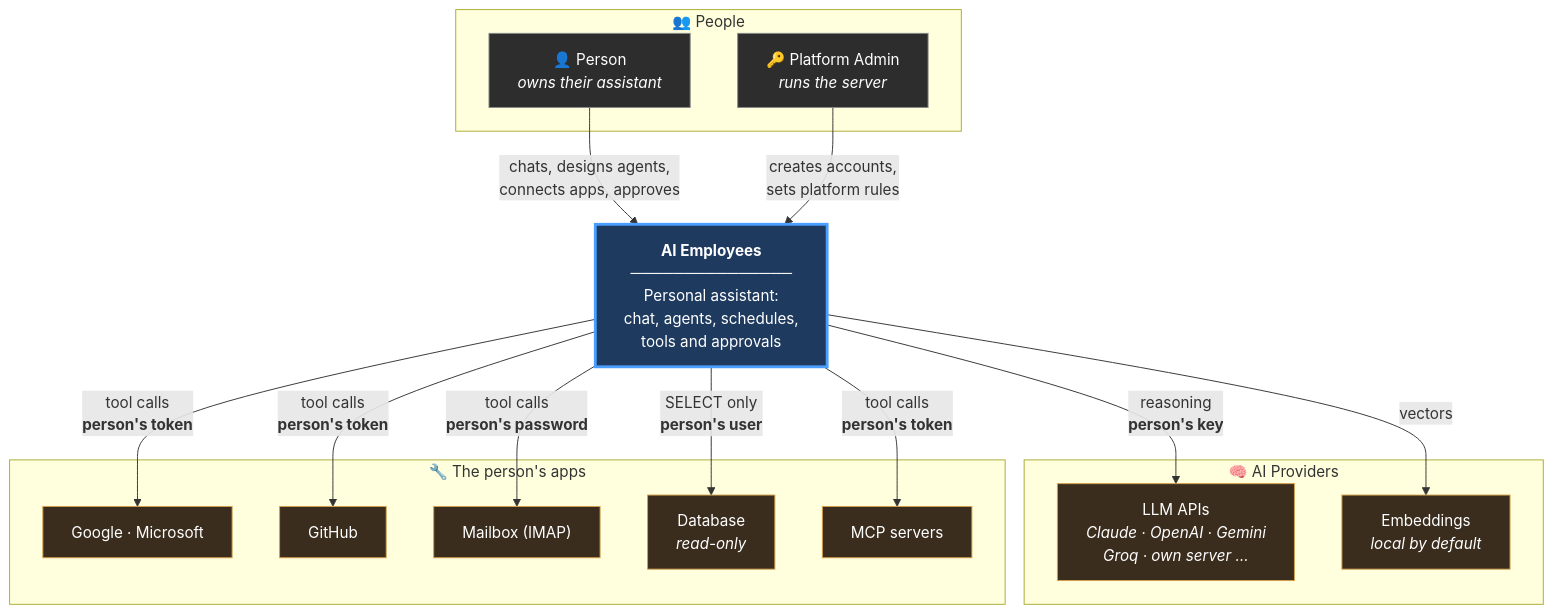
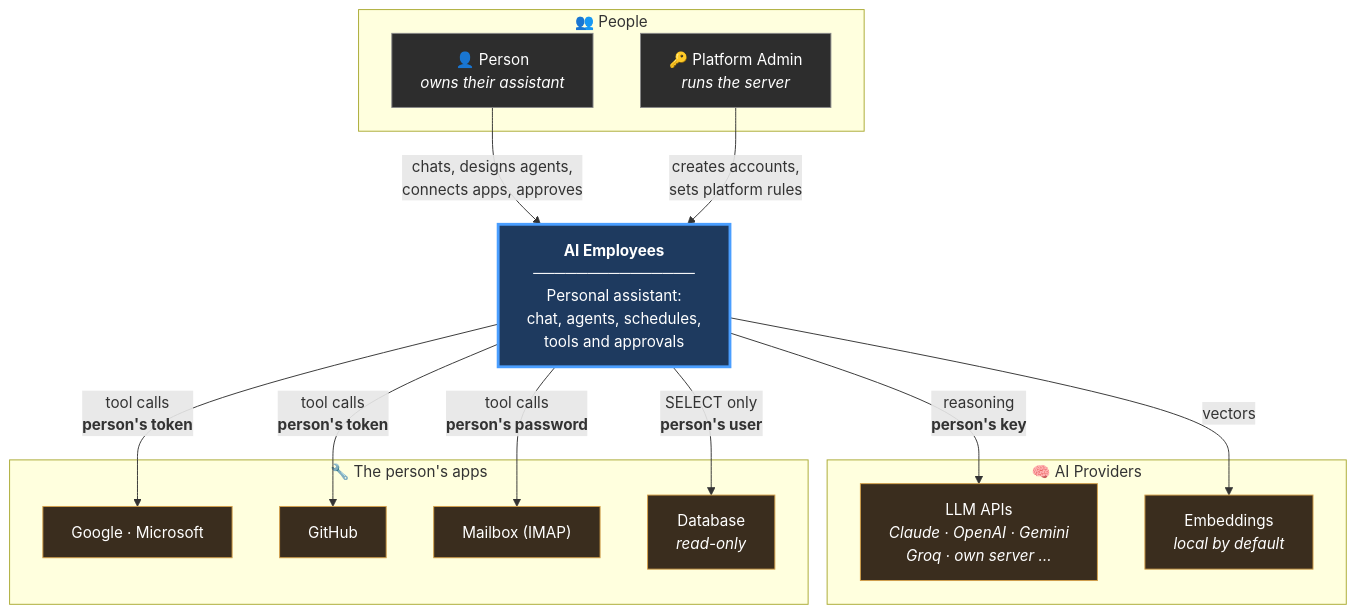
Before and after one commit to dharaneechinnu/ai-employee-platform: the first of 12 diagrams in docs/HLD.md, drawn with Mermaid. The commit also changed other lines of this file and 30 other files, not shown here.

First line of the commit message:
refactor!: remove MCP tool servers completely

````diff
--- a/docs/HLD.md
+++ b/docs/HLD.md
@@ -71,40 +70,38 @@
 ```mermaid
 graph TB
     subgraph people["👥 People"]
         P["👤 Person<br/><i>owns their assistant</i>"]
         PA["🔑 Platform Admin<br/><i>runs the server</i>"]
     end
 
     SYS["<b>AI Employees</b><br/>───────────────<br/>Personal assistant:<br/>chat, agents, schedules,<br/>tools and approvals"]
 
     subgraph ai["🧠 AI Providers"]
         LLM["LLM APIs<br/><i>Claude · OpenAI · Gemini<br/>Groq · own server …</i>"]
         EMB["Embeddings<br/><i>local by default</i>"]
     end
 
     subgraph tools["🔧 The person's apps"]
         GW["Google · Microsoft"]
         GH["GitHub"]
         EM["Mailbox (IMAP)"]
         DB["Database<br/><i>read-only</i>"]
-        MCP["MCP servers"]
     end
 
     P -->|"chats, designs agents,<br/>connects apps, approves"| SYS
     PA -->|"creates accounts,<br/>sets platform rules"| SYS
 
     SYS -->|"reasoning<br/><b>person's key</b>"| LLM
     SYS -->|"vectors"| EMB
     SYS -->|"tool calls<br/><b>person's token</b>"| GW
     SYS -->|"tool calls<br/><b>person's token</b>"| GH
     SYS -->|"tool calls<br/><b>person's password</b>"| EM
     SYS -->|"SELECT only<br/><b>person's user</b>"| DB
-    SYS -->|"tool calls<br/><b>person's token</b>"| MCP
 
     classDef sysStyle fill:#1e3a5f,stroke:#4a9eff,stroke-width:3px,color:#fff
     classDef personStyle fill:#2d2d2d,stroke:#888,color:#fff
     classDef extStyle fill:#3a2d1e,stroke:#d4a04a,color:#fff
     class SYS sysStyle
     class P,PA personStyle
-    class LLM,EMB,GW,GH,EM,DB,MCP extStyle
+    class LLM,EMB,GW,GH,EM,DB extStyle
 ```
````
